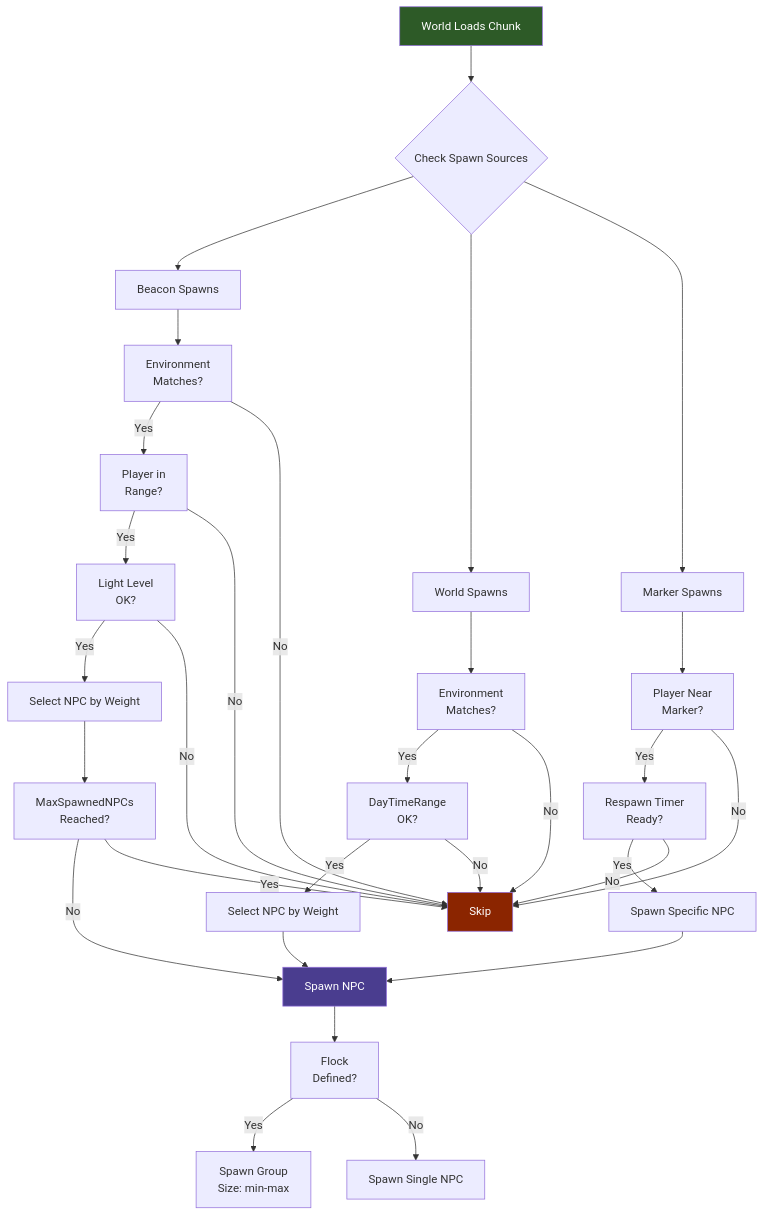
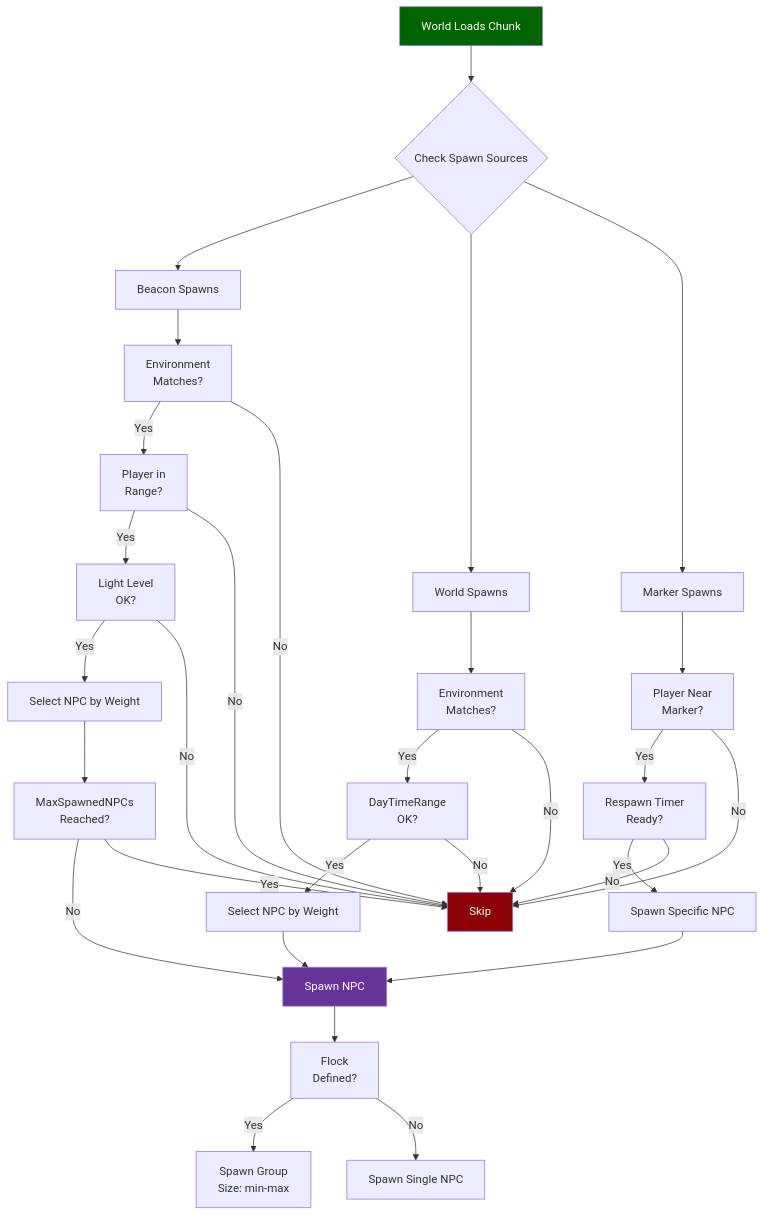
Before and after one commit to nevesb/hytale-modding-docs: the first of 2 diagrams in src/content/docs/es/reference/npc-system/npc-spawn-rules.md, drawn with Mermaid. The commit also changed other lines of this file and 34 other files, not shown here.

````diff
--- a/src/content/docs/es/reference/npc-system/npc-spawn-rules.md
+++ b/src/content/docs/es/reference/npc-system/npc-spawn-rules.md
@@ -19,42 +19,42 @@
 ```mermaid
-flowchart TD
+flowchart TD;
     A[World Loads Chunk] --> B{Check Spawn Sources}
 
     B --> C[Beacon Spawns]
     B --> D[World Spawns]
     B --> E[Marker Spawns]
 
-    C --> F["Environment<br/>Matches?"]
-    F -->|"Yes"| G["Player in<br/>Range?"]
+    C --> F["Environment<br>Matches?"]
+    F -->|"Yes"| G["Player in<br>Range?"]
     F -->|"No"| Z[Skip]
-    G -->|"Yes"| H["Light Level<br/>OK?"]
+    G -->|"Yes"| H["Light Level<br>OK?"]
     G -->|"No"| Z
     H -->|"Yes"| I[Select NPC by Weight]
     H -->|"No"| Z
 
-    D --> J["Environment<br/>Matches?"]
-    J -->|"Yes"| K["DayTimeRange<br/>OK?"]
+    D --> J["Environment<br>Matches?"]
+    J -->|"Yes"| K["DayTimeRange<br>OK?"]
     J -->|"No"| Z
     K -->|"Yes"| L[Select NPC by Weight]
     K -->|"No"| Z
 
-    E --> M["Player Near<br/>Marker?"]
-    M -->|"Yes"| N["Respawn Timer<br/>Ready?"]
+    E --> M["Player Near<br>Marker?"]
+    M -->|"Yes"| N["Respawn Timer<br>Ready?"]
     M -->|"No"| Z
     N -->|"Yes"| O[Spawn Specific NPC]
     N -->|"No"| Z
 
-    I --> P["MaxSpawnedNPCs<br/>Reached?"]
+    I --> P["MaxSpawnedNPCs<br>Reached?"]
     P -->|"No"| Q[Spawn NPC]
     P -->|"Yes"| Z
     L --> Q
     O --> Q
 
-    Q --> R["Flock<br/>Defined?"]
-    R -->|"Yes"| S["Spawn Group<br/>Size: min-max"]
+    Q --> R["Flock<br>Defined?"]
+    R -->|"Yes"| S["Spawn Group<br>Size: min-max"]
     R -->|"No"| T[Spawn Single NPC]
 
-    style A fill:#2d5a27,color:#fff
-    style Q fill:#4a3d8f,color:#fff
-    style Z fill:#8b2500,color:#fff
+    style A fill:darkgreen,color:white
+    style Q fill:rebeccapurple,color:white
+    style Z fill:darkred,color:white
 ```
````
